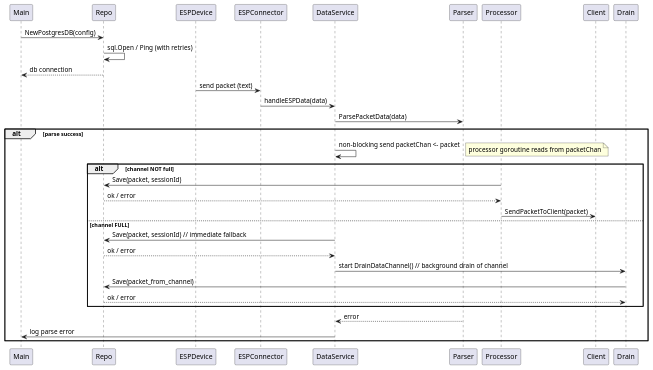
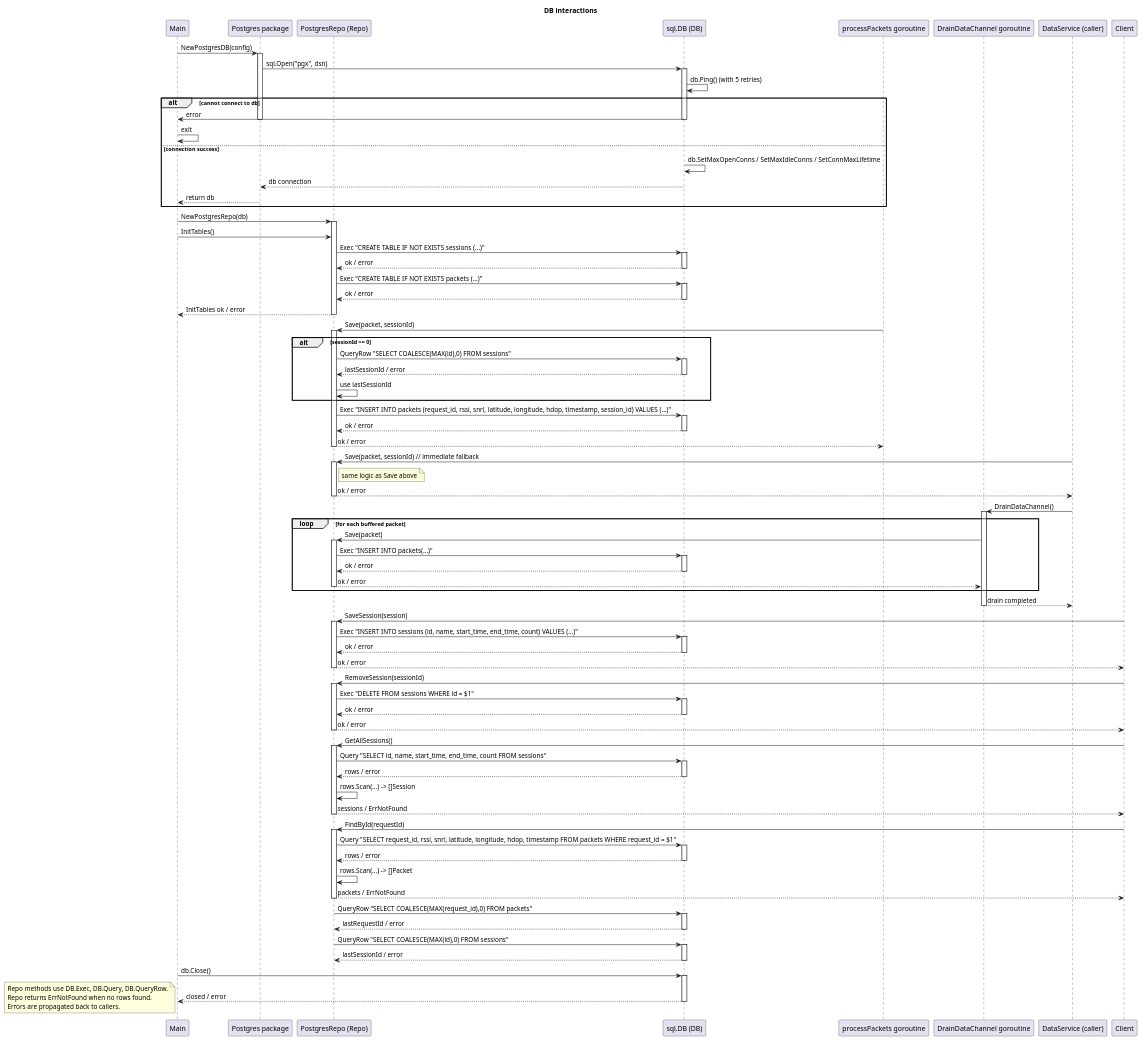
One commit to RedBlackHoodie/GsmLoraServer changed the diagram in doc/db.puml. Above: the diagram before and after it, drawn with PlantUML. The commit also changed 6 other files, not shown here.

```diff
--- a/doc/db.puml
+++ b/doc/db.puml
@@ -1,27 +1,150 @@
-@startuml title DB interactions: packet lifecycle -> persistence actor Main actor ESPDevice participant "ESPConnector" as ESPConnector participant "DataService" as DataService participant "PacketParser" as Parser participant "PostgresRepo (Repo)" as Repo participant "processPackets goroutine" as Processor participant "DrainDataChannel goroutine" as Drain participant Client
+@startuml
+title DB interactions
 
-Main -> Repo: NewPostgresDB(config)
-Repo -> Repo: sql.Open / Ping (with retries)
-Repo --> Main: db connection
+participant Main
+participant "Postgres package" as PostgresInit
+participant "PostgresRepo (Repo)" as Repo
+participant "sql.DB (DB)" as DB
+participant "processPackets goroutine" as Processor
+participant "DrainDataChannel goroutine" as Drain
+participant "DataService (caller)" as DataService
+participant Client
 
-ESPDevice -> ESPConnector: send packet (text)
-ESPConnector -> DataService: handleESPData(data)
-DataService -> Parser: ParsePacketData(data)
-alt parse success
-DataService -> DataService: non-blocking send packetChan <- packet
-alt channel NOT full
-note right: processor goroutine reads from packetChan
+' DB initialization and table creation
+Main -> PostgresInit: NewPostgresDB(config)
+activate PostgresInit
+PostgresInit -> DB: sql.Open("pgx", dsn)
+activate DB
+DB -> DB: db.Ping() (with 5 retries)
+
+alt cannot connect to db
+    DB -> Main: error
+    deactivate DB
+    deactivate PostgresInit
+    Main -> Main: exit
+else connection success
+    DB -> DB: db.SetMaxOpenConns / SetMaxIdleConns / SetConnMaxLifetime
+    DB --> PostgresInit: db connection
+    deactivate DB
+    PostgresInit --> Main: return db
+    deactivate PostgresInit
+end
+
+Main -> Repo: NewPostgresRepo(db)
+activate Repo
+Main -> Repo: InitTables()
+Repo -> DB: Exec "CREATE TABLE IF NOT EXISTS sessions (...)"
+activate DB
+DB --> Repo: ok / error
+deactivate DB
+Repo -> DB: Exec "CREATE TABLE IF NOT EXISTS packets (...)"
+activate DB
+DB --> Repo: ok / error
+deactivate DB
+Repo --> Main: InitTables ok / error
+deactivate Repo
+
+' Saving packets (normal processor path)
 Processor -> Repo: Save(packet, sessionId)
+activate Repo
+
+alt sessionId == 0
+    Repo -> DB: QueryRow "SELECT COALESCE(MAX(id),0) FROM sessions"
+    activate DB
+    DB --> Repo: lastSessionId / error
+    deactivate DB
+    Repo -> Repo: use lastSessionId
+end
+
+Repo -> DB: Exec "INSERT INTO packets (request_id, rssi, snrl, latitude, longitude, hdop, timestamp, session_id) VALUES (...)"
+activate DB
+DB --> Repo: ok / error
+deactivate DB
 Repo --> Processor: ok / error
-Processor -> Client: SendPacketToClient(packet)
-else channel FULL
+deactivate Repo
+
+' Saving packets (fallback when channel full)
 DataService -> Repo: Save(packet, sessionId) // immediate fallback
+activate Repo
+note right of Repo: same logic as Save above
 Repo --> DataService: ok / error
-DataService -> Drain: start DrainDataChannel() // background drain of channel
-Drain -> Repo: Save(packet_from_channel)
-Repo --> Drain: ok / error
-end else parse error
-Parser --> DataService: error
-DataService -> Main: log parse error
+deactivate Repo
+
+' Drain path: persist pending packets
+DataService -> Drain: DrainDataChannel()
+activate Drain
+loop for each buffered packet
+    Drain -> Repo: Save(packet)
+    activate Repo
+    Repo -> DB: Exec "INSERT INTO packets(...)"
+    activate DB
+    DB --> Repo: ok / error
+    deactivate DB
+    Repo --> Drain: ok / error
+    deactivate Repo
 end
+Drain --> DataService: drain completed
+deactivate Drain
+
+' Sessions management
+Client -> Repo: SaveSession(session)
+activate Repo
+Repo -> DB: Exec "INSERT INTO sessions (id, name, start_time, end_time, count) VALUES (...)"
+activate DB
+DB --> Repo: ok / error
+deactivate DB
+Repo --> Client: ok / error
+deactivate Repo
+
+Client -> Repo: RemoveSession(sessionId)
+activate Repo
+Repo -> DB: Exec "DELETE FROM sessions WHERE id = $1"
+activate DB
+DB --> Repo: ok / error
+deactivate DB
+Repo --> Client: ok / error
+deactivate Repo
+
+Client -> Repo: GetAllSessions()
+activate Repo
+Repo -> DB: Query "SELECT id, name, start_time, end_time, count FROM sessions"
+activate DB
+DB --> Repo: rows / error
+deactivate DB
+Repo -> Repo: rows.Scan(...) -> []Session
+Repo --> Client: sessions / ErrNotFound
+deactivate Repo
+
+Client -> Repo: FindById(requestId)
+activate Repo
+Repo -> DB: Query "SELECT request_id, rssi, snrl, latitude, longitude, hdop, timestamp FROM packets WHERE request_id = $1"
+activate DB
+DB --> Repo: rows / error
+deactivate DB
+Repo -> Repo: rows.Scan(...) -> []Packet
+Repo --> Client: packets / ErrNotFound
+deactivate Repo
+
+' Utility queries
+Repo -> DB: QueryRow "SELECT COALESCE(MAX(request_id),0) FROM packets"
+activate DB
+DB --> Repo: lastRequestId / error
+deactivate DB
+
+Repo -> DB: QueryRow "SELECT COALESCE(MAX(id),0) FROM sessions"
+activate DB
+DB --> Repo: lastSessionId / error
+deactivate DB
+
+' Shutdown
+Main -> DB: db.Close()
+activate DB
+DB --> Main: closed / error
+deactivate DB
+
+note left
+Repo methods use DB.Exec, DB.Query, DB.QueryRow.
+Repo returns ErrNotFound when no rows found.
+Errors are propagated back to callers.
+end note
 @enduml
```
